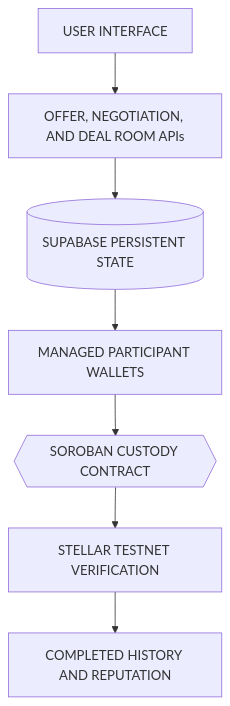
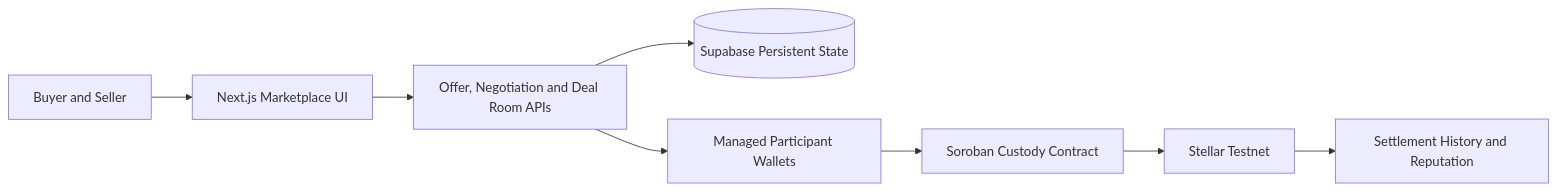
One commit to dwikabimantara99/settleway changed the second of 2 diagrams in README.md. Above: the diagram before and after it, drawn with Mermaid. The commit also changed other lines of this file, not shown here.

````diff
--- a/README.md
+++ b/README.md
@@ -138,9 +158,10 @@
 ```mermaid
-flowchart TD
-    UI[USER INTERFACE] --> API[OFFER, NEGOTIATION, AND DEAL ROOM APIs]
-    API --> DB[(SUPABASE PERSISTENT STATE)]
-    DB --> MW[MANAGED PARTICIPANT WALLETS]
-    MW --> SC{{SOROBAN CUSTODY CONTRACT}}
-    SC --> ST[STELLAR TESTNET VERIFICATION]
-    ST --> REP[COMPLETED HISTORY AND REPUTATION]
+flowchart LR
+    U[Buyer and Seller] --> UI[Next.js Marketplace UI]
+    UI --> API[Offer, Negotiation and Deal Room APIs]
+    API --> DB[(Supabase Persistent State)]
+    API --> W[Managed Participant Wallets]
+    W --> C[Soroban Custody Contract]
+    C --> ST[Stellar Testnet]
+    ST --> R[Settlement History and Reputation]
 ```
````
